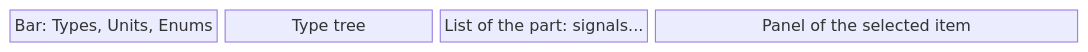
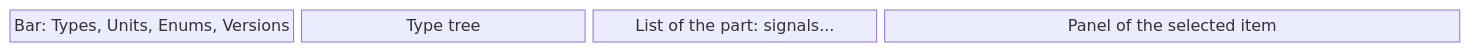
Before and after one commit to AlexandreGallais/synoptic-studio-spec: the fourth of 5 diagrams in screens/README.md, drawn with Mermaid. The commit also changed other lines of this file and 11 other files, not shown here.

First line of the commit message:
docs(metadata): replace edit and save with versions, rework signals and commands

````diff
--- a/screens/README.md
+++ b/screens/README.md
@@ -91,5 +91,5 @@
 ```mermaid
 block-beta
     columns 5
-    rail["Bar: Types, Units, Enums"] tree["Type tree"] list["List of the part: signals..."] panel["Panel of the selected item"]:2
+    rail["Bar: Types, Units, Enums, Versions"] tree["Type tree"] list["List of the part: signals..."] panel["Panel of the selected item"]:2
 ```
````
